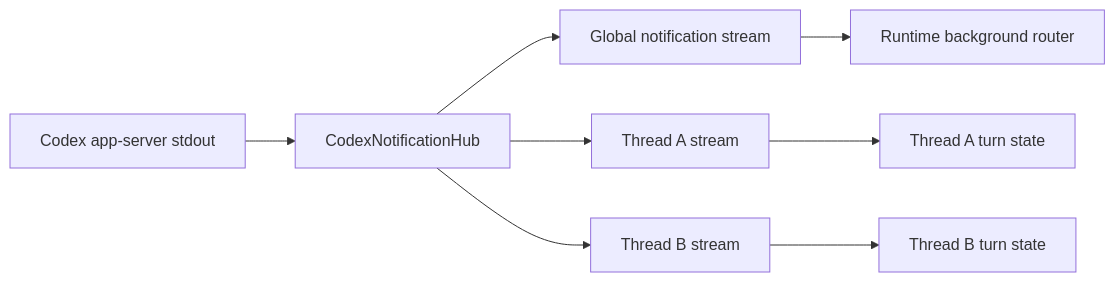
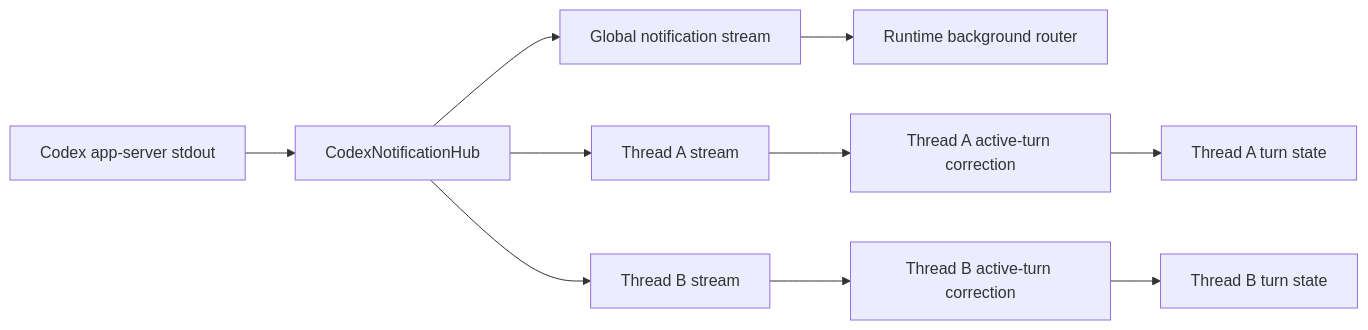
Before and after one commit to wecode-ai/wegent-docs: the first of 2 diagrams in docs/architecture/codex-notification-routing.md, drawn with Mermaid. The commit also changed other lines of this file and 9 other files, not shown here.

````diff
--- a/docs/architecture/codex-notification-routing.md
+++ b/docs/architecture/codex-notification-routing.md
@@ -13,10 +13,12 @@
 ```mermaid
 flowchart LR
     A[Codex app-server stdout] --> B[CodexNotificationHub]
     B --> C[Global notification stream]
     B --> D1[Thread A stream]
     B --> D2[Thread B stream]
     C --> E[Runtime background router]
-    D1 --> F1[Thread A turn state]
-    D2 --> F2[Thread B turn state]
+    D1 --> F1[Thread A active-turn correction]
+    D2 --> F2[Thread B active-turn correction]
+    F1 --> G1[Thread A turn state]
+    F2 --> G2[Thread B turn state]
 ```
````
